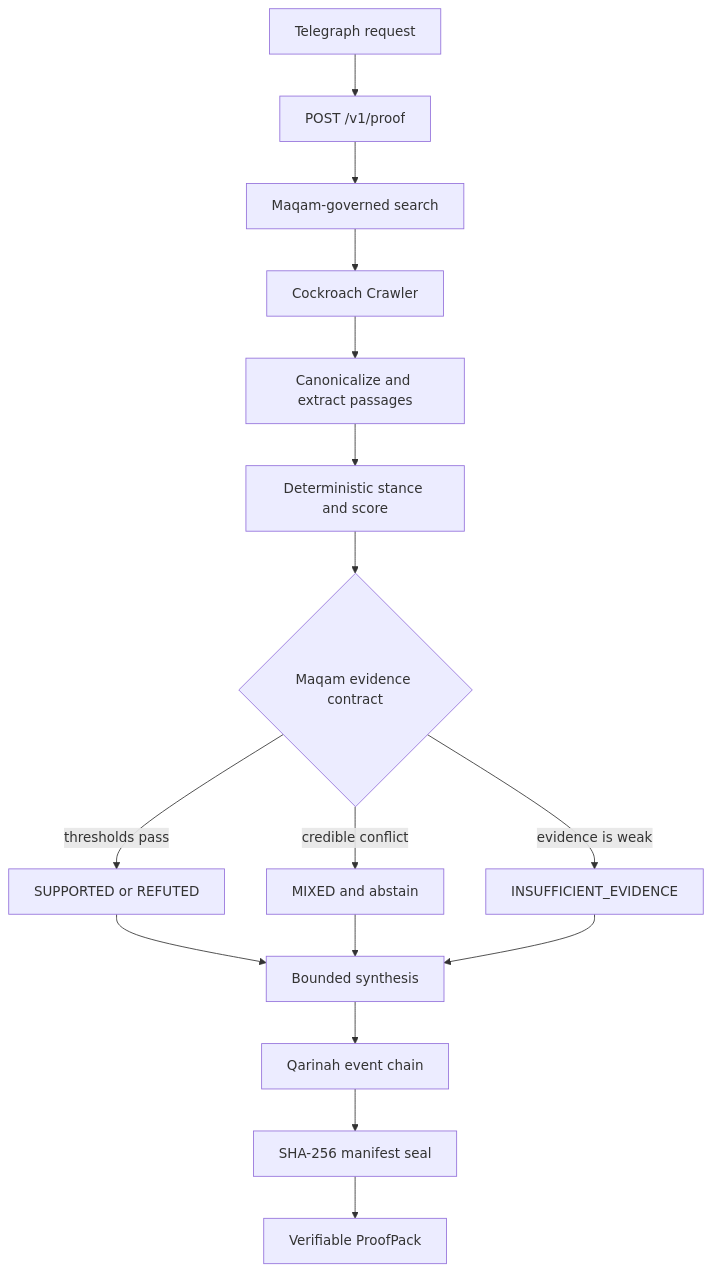
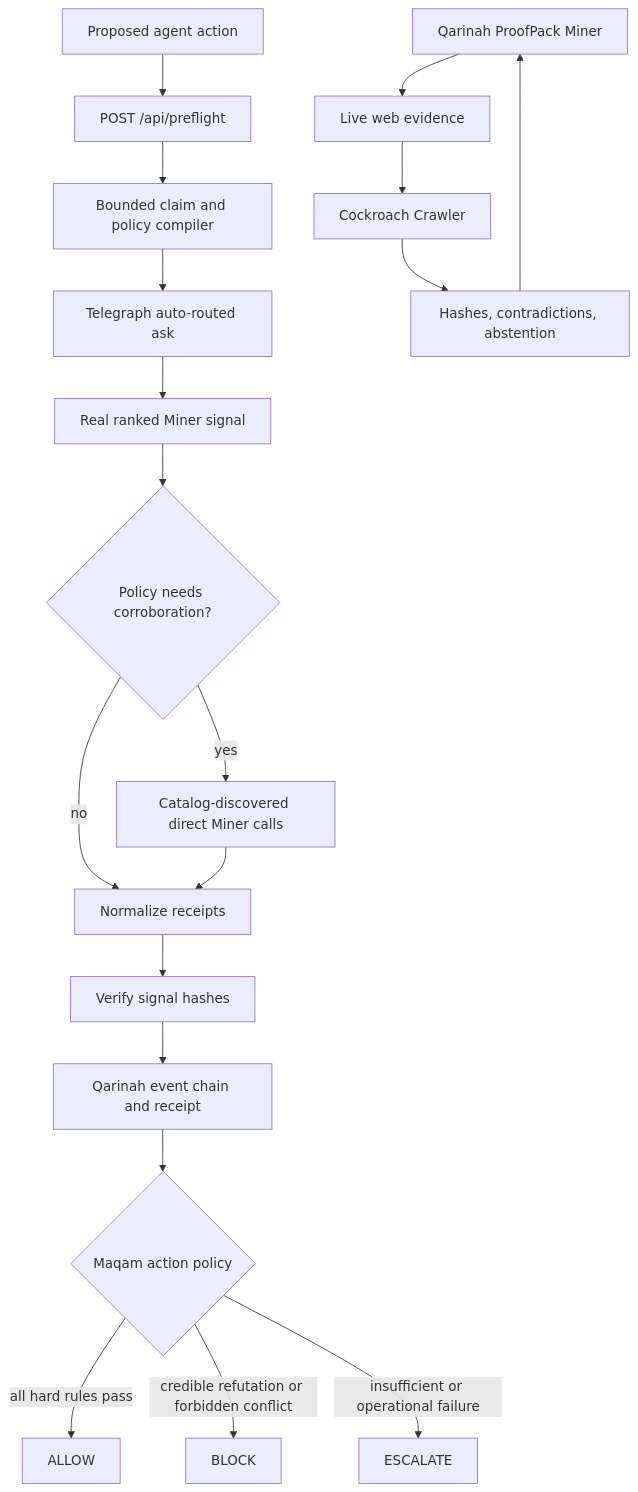
The diagram in README.md (AjnasNB/qarinah-proofpack), drawn with Mermaid before and after one commit. The commit also changed other lines of this file and 2 other files, not shown here.

Commit message:
docs: add Telegraph Track 3 submission runbook

````diff
--- a/README.md
+++ b/README.md
@@ -52,18 +104,22 @@
 ```mermaid
 flowchart TD
-    A[Telegraph request] --> B[POST /v1/proof]
-    B --> C[Maqam-governed search]
-    C --> D[Cockroach Crawler]
-    D --> E[Canonicalize and extract passages]
-    E --> F[Deterministic stance and score]
-    F --> G{Maqam evidence contract}
-    G -->|thresholds pass| H[SUPPORTED or REFUTED]
-    G -->|credible conflict| I[MIXED and abstain]
-    G -->|evidence is weak| J[INSUFFICIENT_EVIDENCE]
-    H --> K[Bounded synthesis]
-    I --> K
-    J --> K
-    K --> L[Qarinah event chain]
-    L --> M[SHA-256 manifest seal]
-    M --> N[Verifiable ProofPack]
+    A[Proposed agent action] --> B[POST /api/preflight]
+    B --> C[Bounded claim and policy compiler]
+    C --> D[Telegraph auto-routed ask]
+    D --> E[Real ranked Miner signal]
+    E --> F{Policy needs corroboration?}
+    F -->|yes| G[Catalog-discovered direct Miner calls]
+    F -->|no| H[Normalize receipts]
+    G --> H
+    H --> I[Verify signal hashes]
+    I --> J[Qarinah event chain and receipt]
+    J --> K{Maqam action policy}
+    K -->|all hard rules pass| L[ALLOW]
+    K -->|credible refutation or forbidden conflict| M[BLOCK]
+    K -->|insufficient or operational failure| N[ESCALATE]
+
+    O[Qarinah ProofPack Miner] --> P[Live web evidence]
+    P --> Q[Cockroach Crawler]
+    Q --> R[Hashes, contradictions, abstention]
+    R --> O
 ```
````
